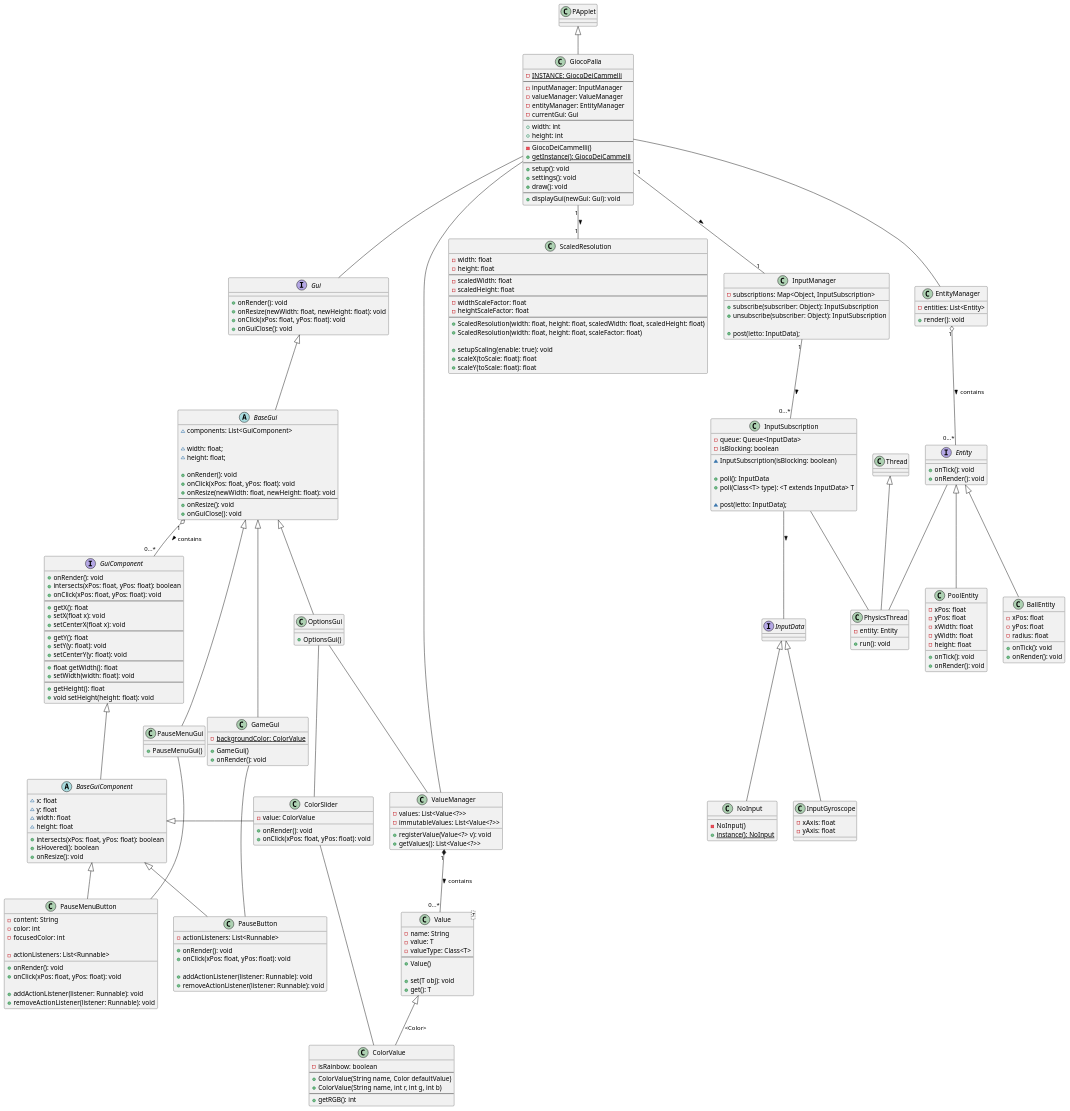
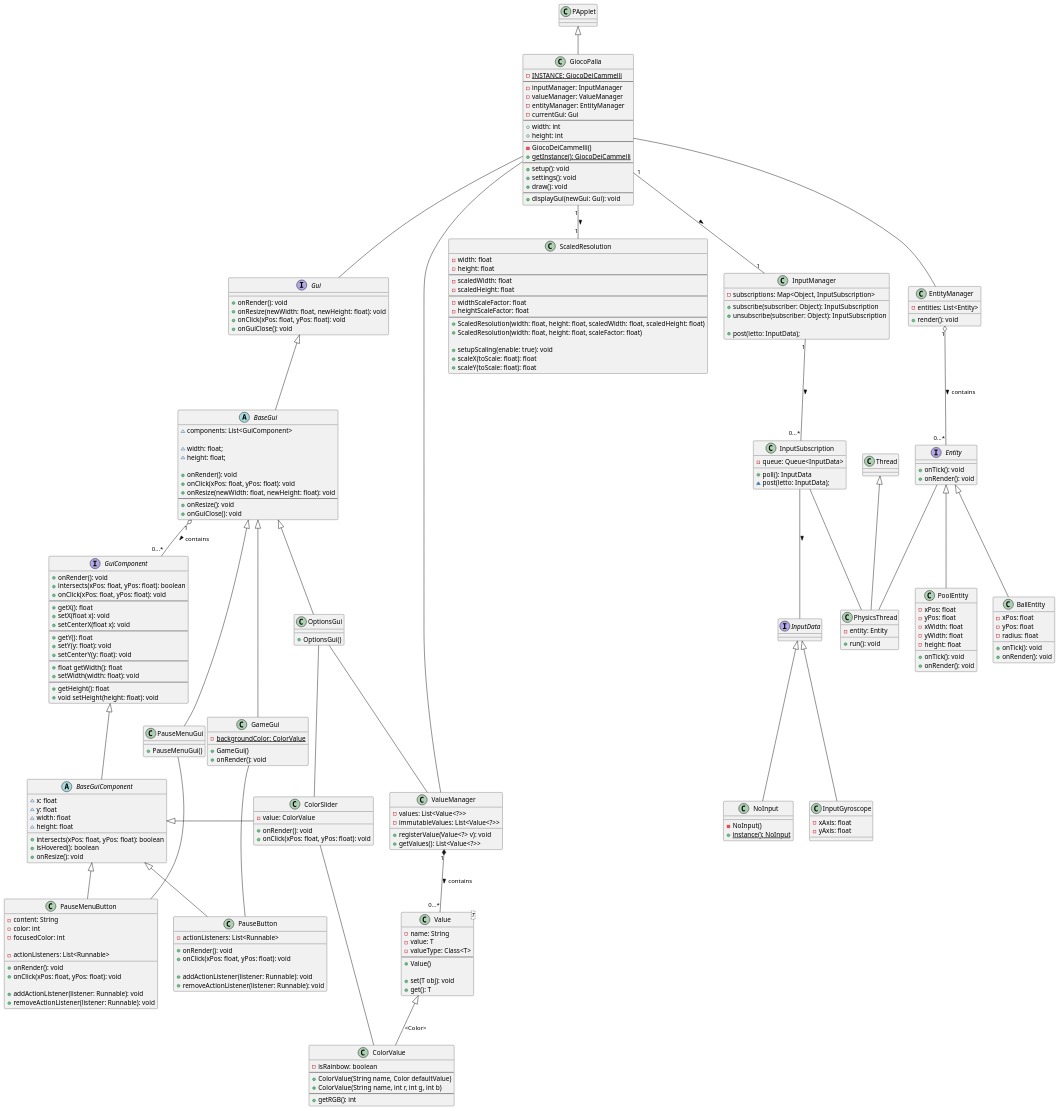
One commit to Furrrlo/GiocoDeiCammelli changed the diagram in docs/DIAGRAMMA_CLASSI.puml. Above: the diagram before and after it, drawn with PlantUML. The commit also changed 4 other files, not shown here.

```diff
--- a/docs/DIAGRAMMA_CLASSI.puml
+++ b/docs/DIAGRAMMA_CLASSI.puml
@@ -65,13 +65,8 @@
 
 class InputSubscription {
     -queue: Queue<InputData>
-    -isBlocking: boolean
-
-    ~InputSubscription(isBlocking: boolean)
 
     +poll(): InputData
-    +poll(Class<T> type): <T extends InputData> T
-
     ~post(letto: InputData);
 }
 
```
